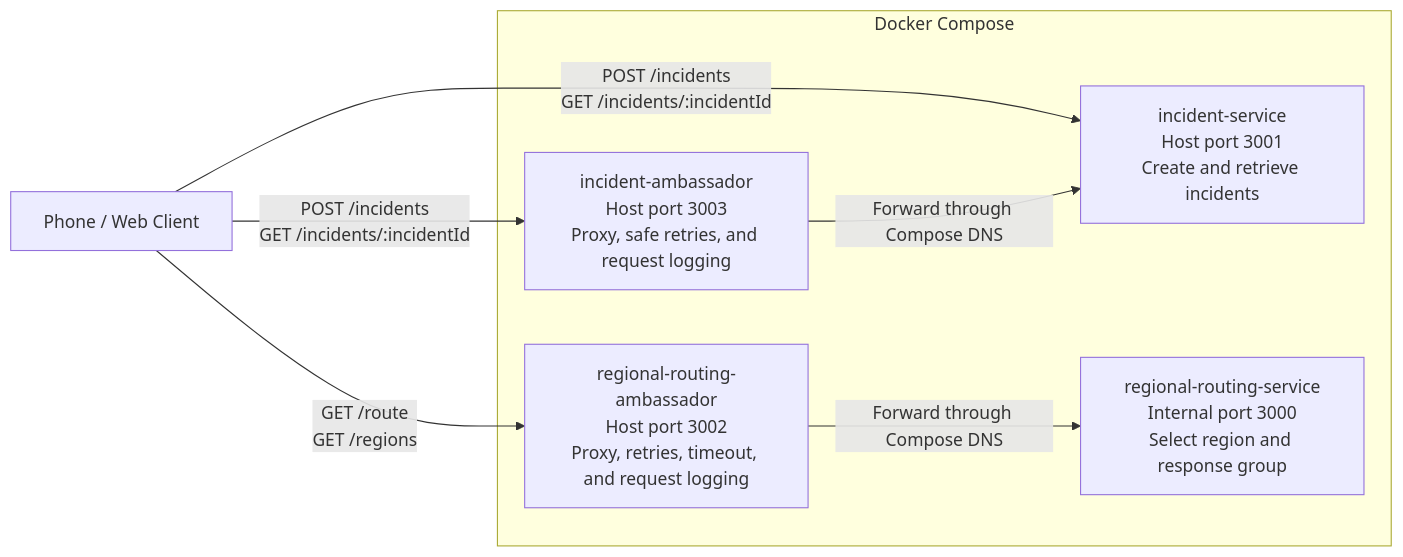
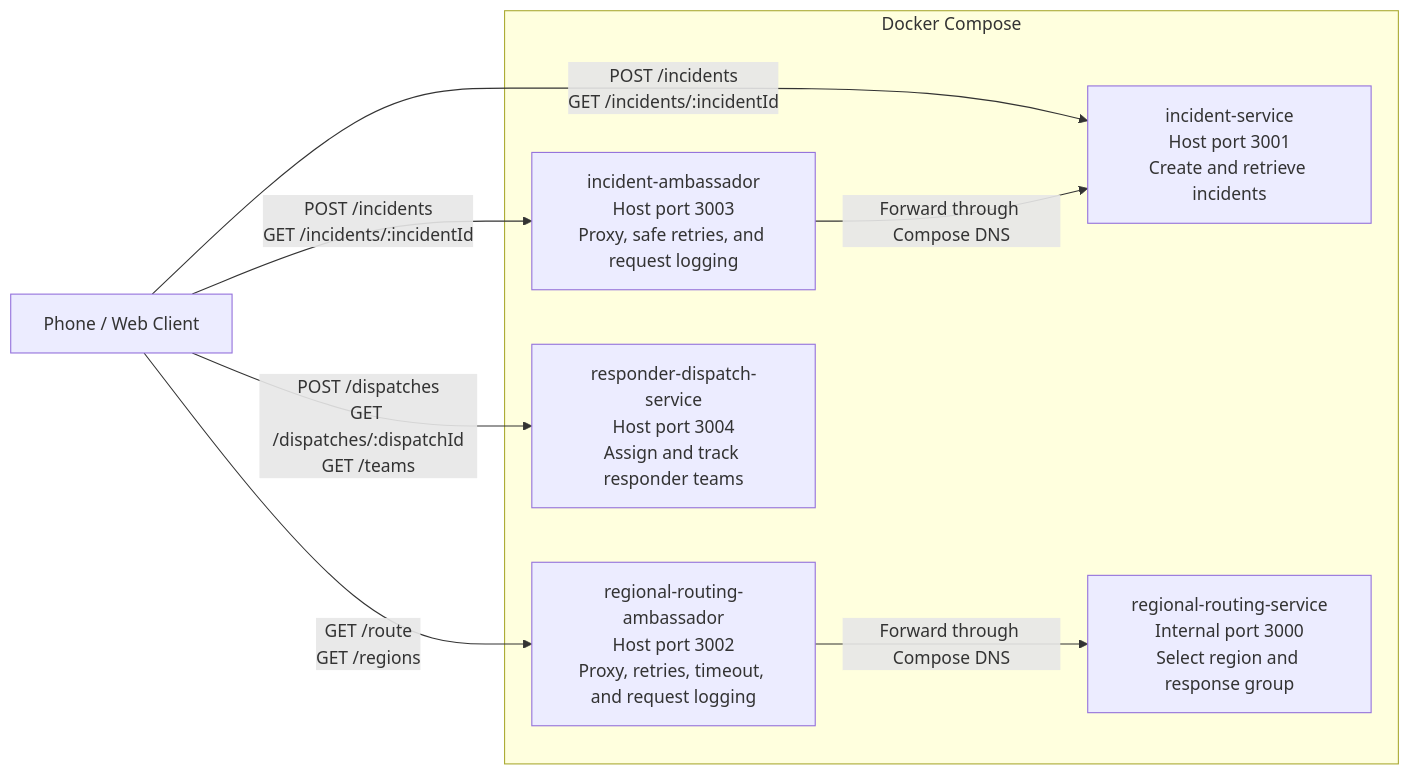
Before and after one commit to Dos0n/426-project-bay-blues: the diagram in docs/SERVICES.md, drawn with Mermaid. The commit also changed other lines of this file and 7 other files, not shown here.

First line of the commit message:
Add responder-dispatch-service

````diff
--- a/docs/SERVICES.md
+++ b/docs/SERVICES.md
@@ -12,17 +12,19 @@
 ```mermaid
 flowchart LR
     client[Phone / Web Client]
 
     subgraph compose[Docker Compose]
         incident[incident-service<br/>Host port 3001<br/>Create and retrieve incidents]
         incidentAmbassador[incident-ambassador<br/>Host port 3003<br/>Proxy, safe retries, and request logging]
         ambassador[regional-routing-ambassador<br/>Host port 3002<br/>Proxy, retries, timeout, and request logging]
         routing[regional-routing-service<br/>Internal port 3000<br/>Select region and response group]
+        dispatch[responder-dispatch-service<br/>Host port 3004<br/>Assign and track responder teams]
     end
 
     client -->|POST /incidents<br/>GET /incidents/:incidentId| incident
     client -->|POST /incidents<br/>GET /incidents/:incidentId| incidentAmbassador
     incidentAmbassador -->|Forward through Compose DNS| incident
     client -->|GET /route<br/>GET /regions| ambassador
     ambassador -->|Forward through Compose DNS| routing
+    client -->|POST /dispatches<br/>GET /dispatches/:dispatchId<br/>GET /teams| dispatch
 ```
````
